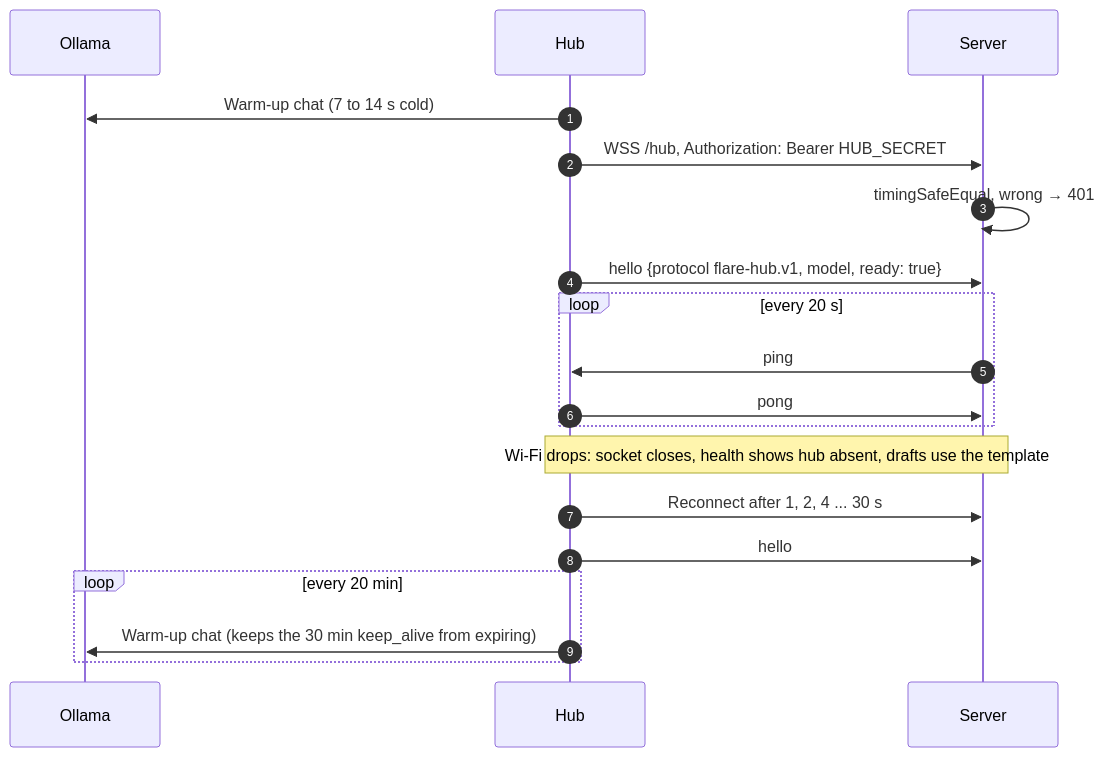
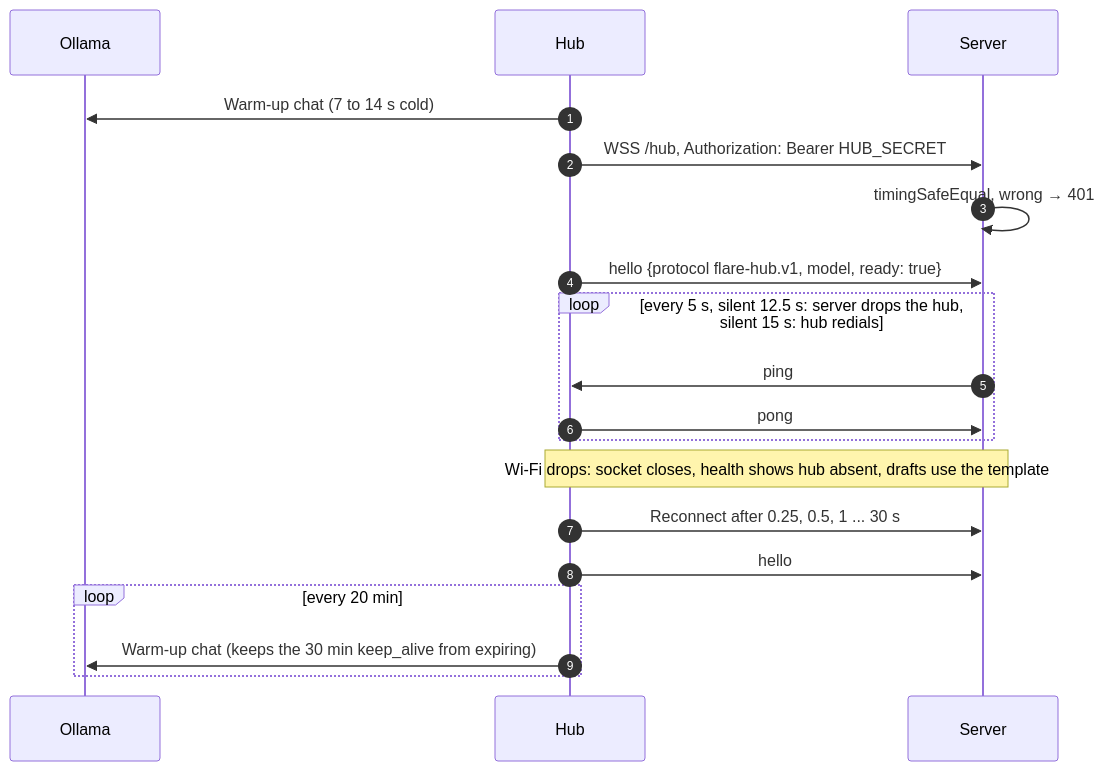
Before and after one commit to Hotragn/flare: the ninth of 9 diagrams in docs/architecture/03-sequences.md, drawn with Mermaid. The commit also changed 9 other files, not shown here.

````diff
--- a/docs/architecture/03-sequences.md
+++ b/docs/architecture/03-sequences.md
@@ -216,21 +216,21 @@
 ```mermaid
 sequenceDiagram
   autonumber
   participant O as Ollama
   participant Hb as Hub
   participant S as Server
   Hb->>O: Warm-up chat (7 to 14 s cold)
   Hb->>S: WSS /hub, Authorization: Bearer HUB_SECRET
   S->>S: timingSafeEqual, wrong → 401
   Hb->>S: hello {protocol flare-hub.v1, model, ready: true}
-  loop every 20 s
+  loop every 5 s, silent 12.5 s: server drops the hub, silent 15 s: hub redials
     S->>Hb: ping
     Hb->>S: pong
   end
   Note over Hb,S: Wi-Fi drops: socket closes, health shows hub absent, drafts use the template
-  Hb->>S: Reconnect after 1, 2, 4 ... 30 s
+  Hb->>S: Reconnect after 0.25, 0.5, 1 ... 30 s
   Hb->>S: hello
   loop every 20 min
     Hb->>O: Warm-up chat (keeps the 30 min keep_alive from expiring)
   end
 ```
````
